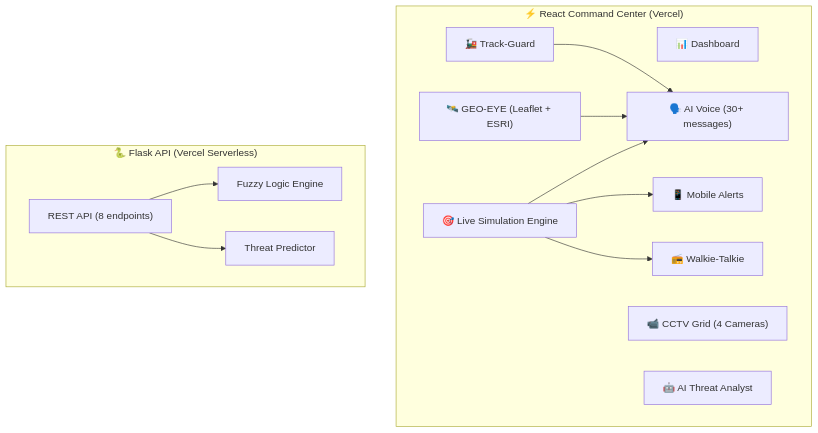
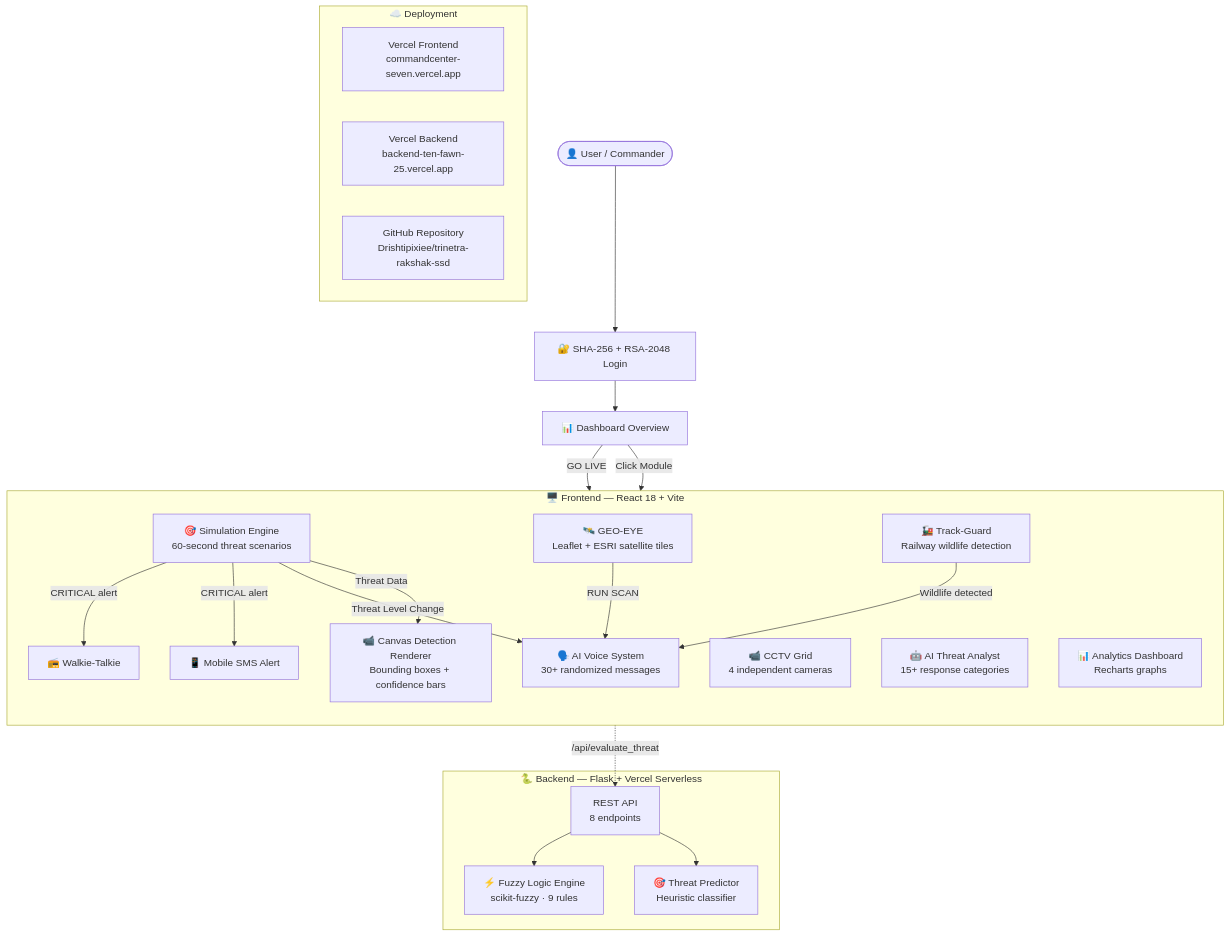
The diagram in README.md (Drishtipixiee/trinetra-rakshak-ssd), drawn with Mermaid before and after one commit.

Commit message:
README: Improved architecture diagram with full data flow

````diff
--- a/README.md
+++ b/README.md
@@ -124,28 +124,41 @@
 ```mermaid
-graph TD
-    subgraph Frontend ["⚡ React Command Center (Vercel)"]
-        DASH["📊 Dashboard"]
-        LIVE["🎯 Live Simulation Engine"]
-        CCTV["📹 CCTV Grid (4 Cameras)"]
-        GEO["🛰️ GEO-EYE (Leaflet + ESRI)"]
-        TRACK["🚂 Track-Guard"]
-        CHAT["🤖 AI Threat Analyst"]
-        VOICE["🗣️ AI Voice (30+ messages)"]
-        SMS["📱 Mobile Alerts"]
-        RADIO["📻 Walkie-Talkie"]
+flowchart TB
+    USER([👤 User / Commander]) --> LOGIN[🔐 SHA-256 + RSA-2048 Login]
+    LOGIN --> DASH[📊 Dashboard Overview]
+
+    DASH --> |GO LIVE| SIM[🎯 Simulation Engine<br/>60-second threat scenarios]
+    DASH --> |Click Module| TABS
+
+    subgraph TABS [" 🖥️ Frontend — React 18 + Vite "]
+        direction TB
+        SIM --> |Threat Data| CANVAS[📹 Canvas Detection Renderer<br/>Bounding boxes + confidence bars]
+        SIM --> |Threat Level Change| VOICE[🗣️ AI Voice System<br/>30+ randomized messages]
+        SIM --> |CRITICAL alert| SMS[📱 Mobile SMS Alert]
+        SIM --> |CRITICAL alert| RADIO[📻 Walkie-Talkie]
+
+        CCTV[📹 CCTV Grid<br/>4 independent cameras]
+        GEO[🛰️ GEO-EYE<br/>Leaflet + ESRI satellite tiles]
+        TRACK[🚂 Track-Guard<br/>Railway wildlife detection]
+        CHAT[🤖 AI Threat Analyst<br/>15+ response categories]
+        ANALYTICS[📊 Analytics Dashboard<br/>Recharts graphs]
     end
 
-    subgraph Backend ["🐍 Flask API (Vercel Serverless)"]
-        API["REST API (8 endpoints)"]
-        FUZZY["Fuzzy Logic Engine"]
-        PREDICT["Threat Predictor"]
+    GEO --> |RUN SCAN| VOICE
+    TRACK --> |Wildlife detected| VOICE
+
+    subgraph BACKEND [" 🐍 Backend — Flask + Vercel Serverless "]
+        API[REST API<br/>8 endpoints]
+        FUZZY[⚡ Fuzzy Logic Engine<br/>scikit-fuzzy · 9 rules]
+        PREDICT[🎯 Threat Predictor<br/>Heuristic classifier]
+        API --> FUZZY
+        API --> PREDICT
     end
 
-    LIVE --> VOICE
-    LIVE --> SMS
-    LIVE --> RADIO
-    GEO --> VOICE
-    TRACK --> VOICE
-    API --> FUZZY
-    API --> PREDICT
+    SIM -.-> |/api/evaluate_threat| API
+
+    subgraph DEPLOY [" ☁️ Deployment "]
+        VERCEL_F[Vercel Frontend<br/>commandcenter-seven.vercel.app]
+        VERCEL_B[Vercel Backend<br/>backend-ten-fawn-25.vercel.app]
+        GH[GitHub Repository<br/>Drishtipixiee/trinetra-rakshak-ssd]
+    end
 ```
````
